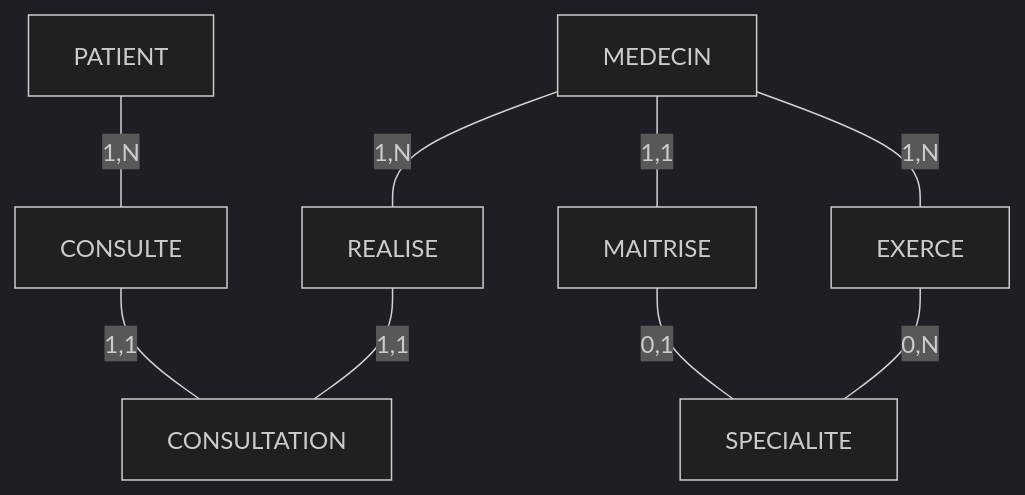
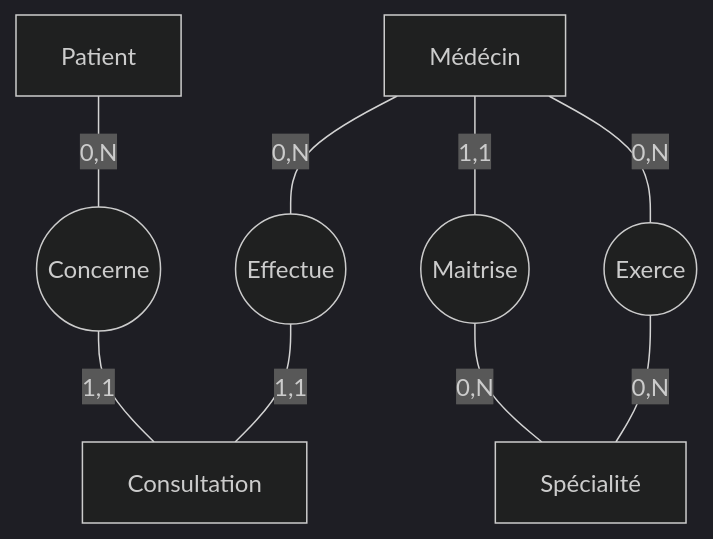
The diagram in solution/session_04_1.md (EFP-DEV/1-X75-LDB), drawn with Mermaid (dark theme) before and after one commit. The commit also changed other lines of this file and 1 other file, not shown here.

````diff
--- a/solution/session_04_1.md
+++ b/solution/session_04_1.md
@@ -51,25 +59,25 @@
 ```mermaid
 graph TD
-  PATIENT["PATIENT"]
-  MEDECIN["MEDECIN"]
-  SPECIALITE["SPECIALITE"]
+  PATIENT["Patient"]
+  MEDECIN["Médécin"]
+  SPECIALITE["Spécialité"]
   
-  CONSULTATION["CONSULTATION"]
+  CONSULTATION["Consultation"]
 
-  MAITRISE["MAITRISE"]
-  EXERCE["EXERCE"]
-  CONSULTE["CONSULTE"]
-  REALISE["REALISE"]
+  MAITRISE(("Maitrise"))
+  EXERCE(("Exerce"))
+  CONCERNE(("Concerne"))
+  EFFECTUE(("Effectue"))
   
-  PATIENT --- |"1,N"| CONSULTE
-  CONSULTE --- |"1,1"| CONSULTATION
+  PATIENT --- |"0,N"| CONCERNE
+  CONCERNE --- |"1,1"| CONSULTATION
 
-  MEDECIN --- |"1,N"| REALISE
-  REALISE --- |"1,1"| CONSULTATION
+  MEDECIN --- |"0,N"| EFFECTUE
+  EFFECTUE --- |"1,1"| CONSULTATION
 
   MEDECIN --- |"1,1"| MAITRISE
-  MAITRISE --- |"0,1"| SPECIALITE
+  MAITRISE --- |"0,N"| SPECIALITE
 
-  MEDECIN --- |"1,N"| EXERCE
+  MEDECIN --- |"0,N"| EXERCE
   EXERCE --- |"0,N"| SPECIALITE
 ```
````
